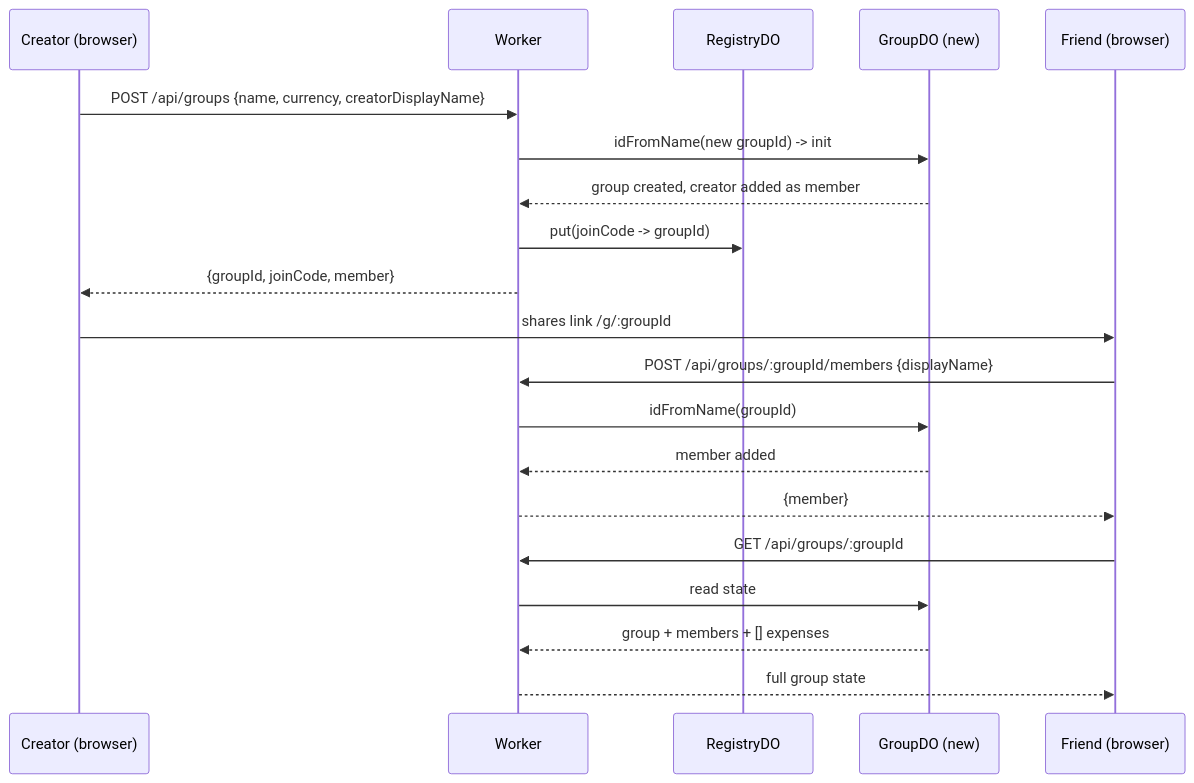
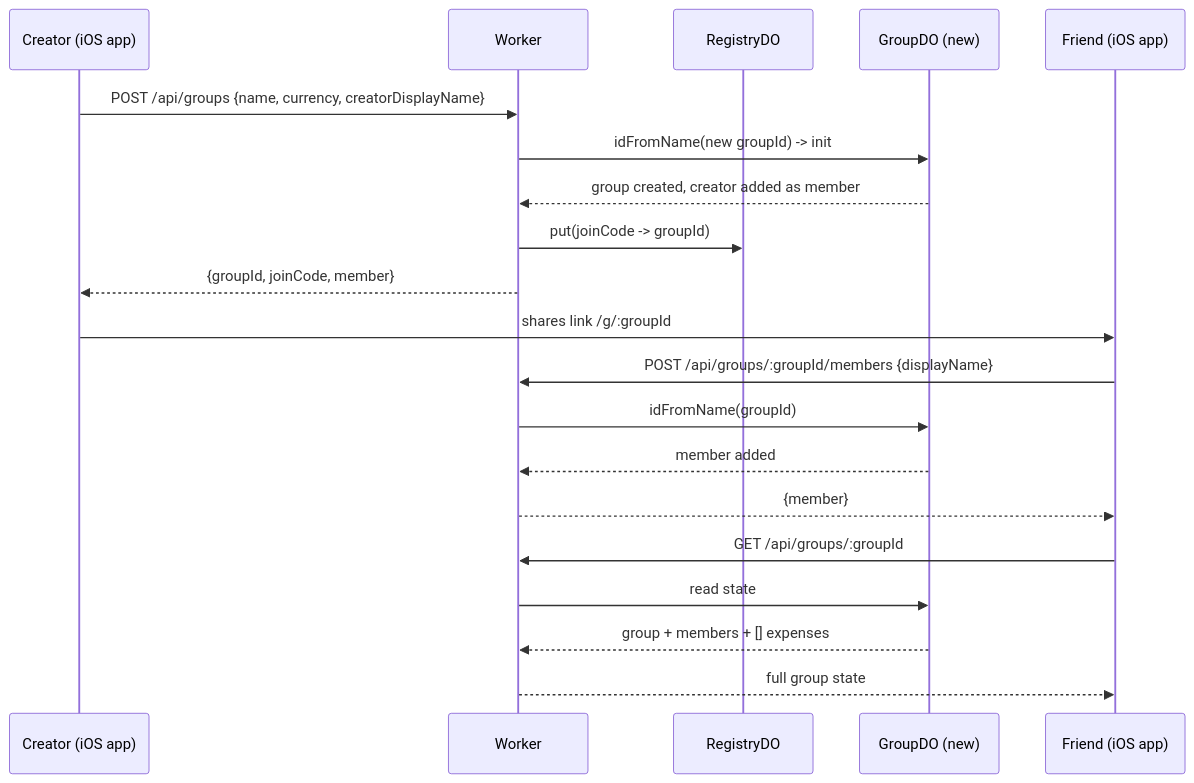
One commit to nakka-labs/clantab-ios changed the first of 3 diagrams in DESIGN.md. Above: the diagram before and after it, drawn with Mermaid. The commit also changed other lines of this file and 3 other files, not shown here.

````diff
--- a/DESIGN.md
+++ b/DESIGN.md
@@ -152,24 +152,24 @@
 ```mermaid
 sequenceDiagram
-    participant A as Creator (browser)
+    participant A as Creator (iOS app)
     participant W as Worker
     participant R as RegistryDO
     participant G as GroupDO (new)
-    participant B as Friend (browser)
+    participant B as Friend (iOS app)
 
     A->>W: POST /api/groups {name, currency, creatorDisplayName}
     W->>G: idFromName(new groupId) -> init
     G-->>W: group created, creator added as member
     W->>R: put(joinCode -> groupId)
     W-->>A: {groupId, joinCode, member}
     A->>B: shares link /g/:groupId
 
     B->>W: POST /api/groups/:groupId/members {displayName}
     W->>G: idFromName(groupId)
     G-->>W: member added
     W-->>B: {member}
     B->>W: GET /api/groups/:groupId
     W->>G: read state
     G-->>W: group + members + [] expenses
     W-->>B: full group state
 ```
````
